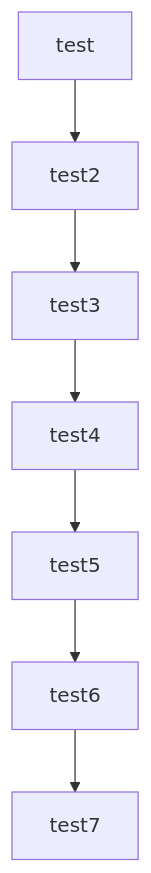
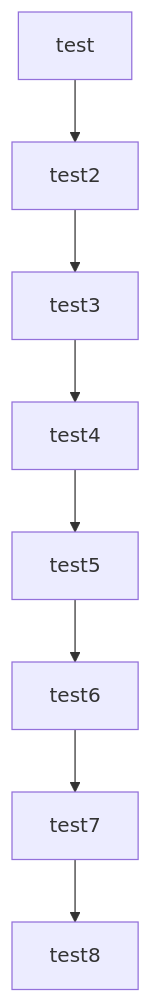
Before and after one commit to disambiguationuk/MermaidTest: the diagram in docs/mermaid.md, drawn with Mermaid.

````diff
--- a/docs/mermaid.md
+++ b/docs/mermaid.md
@@ -3,9 +3,10 @@
 ```mermaid
 graph TD
     test --> test2
     test2 --> test3
     test3 --> test4
     test4 --> test5
     test5 --> test6
     test6 --> test7
+    test7 --> test8
 ```
````
